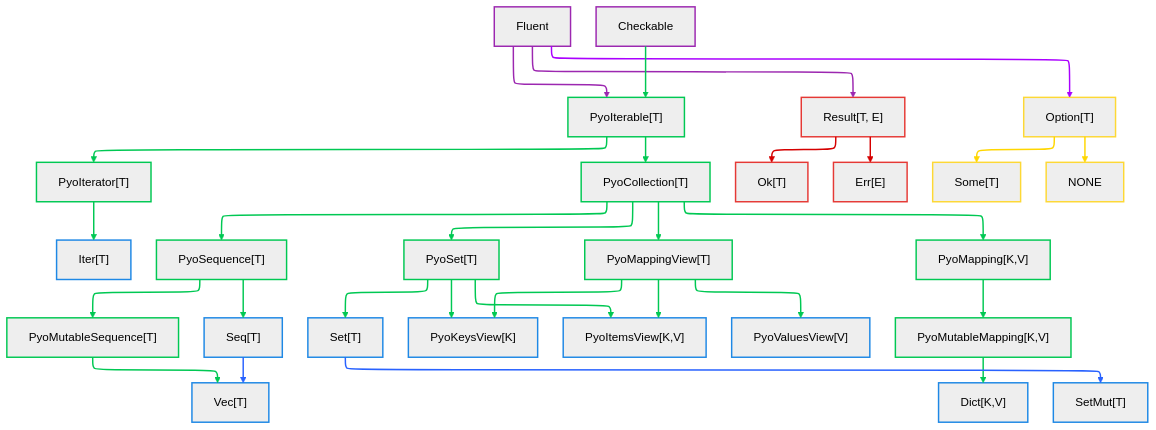
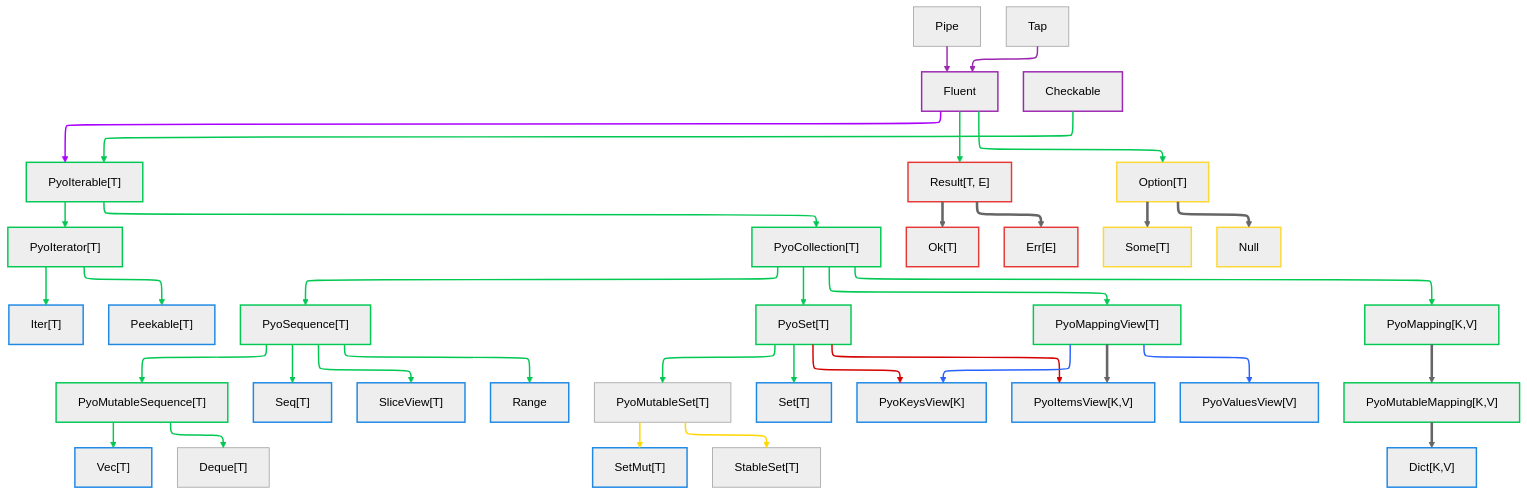
One commit to OutSquareCapital/pyochain changed the diagram in docs/overview.md. Above: the diagram before and after it, drawn with Mermaid (neutral theme). The commit also changed other lines of this file and 1 other file, not shown here.

````diff
--- a/docs/overview.md
+++ b/docs/overview.md
@@ -15,78 +13,82 @@
 ```mermaid
 ---
 config:
   layout: elk
 ---
 flowchart TB
+    Pipe["Pipe"] --> Fluent
+    Tap["Tap"] --> Fluent
     Fluent["Fluent"] ==> PyoIterable["PyoIterable[T]"] & Result["Result[T, E]"] & Option["Option[T]"]
     Checkable["Checkable"] ==> PyoIterable
     PyoIterable --> PyoIterator["PyoIterator[T]"] & PyoCollection["PyoCollection[T]"]
-    PyoIterator ==> Iter["Iter[T]"]
+    PyoIterator ==> Iter["Iter[T]"] & Peekable["Peekable[T]"]
     PyoCollection --> PyoSequence["PyoSequence[T]"] & PyoSet["PyoSet[T]"] & PyoMappingView["PyoMappingView[T]"] & PyoMapping["PyoMapping[K,V]"]
     PyoSequence --> PyoMutableSequence["PyoMutableSequence[T]"]
-    PyoSequence ==> Seq["Seq[T]"]
-    PyoMutableSequence ==> Vec["Vec[T]"]
-    PyoSet ==> Set["Set[T]"] & PyoKeysView["PyoKeysView[K]"] & PyoItemsView["PyoItemsView[K,V]"]
+    PyoSequence ==> Seq["Seq[T]"] & SliceView["SliceView[T]"] & Range["Range"]
+    PyoMutableSequence ==> Vec["Vec[T]"] & Deque["Deque[T]"]
+    PyoSet ==> PyoMutableSet["PyoMutableSet[T]"] & Set["Set[T]"] & PyoKeysView["PyoKeysView[K]"] & PyoItemsView["PyoItemsView[K,V]"]
+    PyoMutableSet ==>  SetMut["SetMut[T]"] & StableSet["StableSet[T]"]
     PyoMappingView ==> PyoKeysView & PyoValuesView["PyoValuesView[V]"] & PyoItemsView
     PyoMapping ==> PyoMutableMapping["PyoMutableMapping[K,V]"]
     PyoMutableMapping ==> Dict["Dict[K,V]"]
     Result ==> Ok["Ok[T]"] & Err["Err[E]"]
-    Option ==> Some["Some[T]"] & NONE["NONE"]
-    Set ==> SetMut["SetMut[T]"]
-    Seq ==> Vec
+    Option ==> Some["Some[T]"] & Null["Null"]
 
     style Fluent stroke:#9C27B0,stroke-width:2px
     style PyoIterable stroke:#00C853,stroke-width:2px
     style Result stroke:#E53935,stroke-width:2px
     style Option stroke:#FDD835,stroke-width:2px
     style Checkable stroke:#9C27B0,stroke-width:2px
     style PyoIterator stroke:#00C853,stroke-width:2px
     style PyoCollection stroke:#00C853,stroke-width:2px
     style Iter stroke:#1E88E5,stroke-width:2px
+    style Peekable stroke:#1E88E5,stroke-width:2px
     style PyoSequence stroke:#00C853,stroke-width:2px
     style PyoSet stroke:#00C853,stroke-width:2px
     style PyoMappingView stroke:#00C853,stroke-width:2px
     style PyoMapping stroke:#00C853,stroke-width:2px
     style PyoMutableSequence stroke:#00C853,stroke-width:2px
     style Seq stroke:#1E88E5,stroke-width:2px
+    style SliceView stroke:#1E88E5,stroke-width:2px
+    style Range stroke:#1E88E5,stroke-width:2px
     style Vec stroke:#1E88E5,stroke-width:2px
     style Set stroke:#1E88E5,stroke-width:2px
     style PyoKeysView stroke:#1E88E5,stroke-width:2px
     style PyoItemsView stroke:#1E88E5,stroke-width:2px
     style SetMut stroke:#1E88E5,stroke-width:2px
     style PyoValuesView stroke:#1E88E5,stroke-width:2px
     style PyoMutableMapping stroke:#00C853,stroke-width:2px
     style Dict stroke:#1E88E5,stroke-width:2px
     style Ok stroke:#E53935,stroke-width:2px
     style Err stroke:#E53935,stroke-width:2px
     style Some stroke:#FDD835,stroke-width:2px
-    style NONE stroke:#FDD835,stroke-width:2px
+    style Null stroke:#FDD835,stroke-width:2px
     linkStyle 0 stroke:#9C27B0,stroke-width:2px,fill:none
     linkStyle 1 stroke:#9C27B0,stroke-width:2px,fill:none
     linkStyle 2 stroke:#AA00FF,stroke-width:2px,fill:none
     linkStyle 3 stroke:#00C853,stroke-width:2px,fill:none
     linkStyle 4 stroke:#00C853,stroke-width:2px,fill:none
     linkStyle 5 stroke:#00C853,stroke-width:2px,fill:none
     linkStyle 6 stroke:#00C853,stroke-width:2px,fill:none
     linkStyle 7 stroke:#00C853,stroke-width:2px,fill:none
     linkStyle 8 stroke:#00C853,stroke-width:2px,fill:none
     linkStyle 9 stroke:#00C853,stroke-width:2px,fill:none
     linkStyle 10 stroke:#00C853,stroke-width:2px,fill:none
     linkStyle 11 stroke:#00C853,stroke-width:2px,fill:none
     linkStyle 12 stroke:#00C853,stroke-width:2px,fill:none
     linkStyle 13 stroke:#00C853,fill:none,stroke-width:2px
     linkStyle 14 stroke:#00C853,stroke-width:2px,fill:none
     linkStyle 15 stroke:#00C853,stroke-width:2px,fill:none
     linkStyle 16 stroke:#00C853,stroke-width:2px,fill:none
     linkStyle 17 stroke:#00C853,stroke-width:2px,fill:none
     linkStyle 18 stroke:#00C853,stroke-width:2px,fill:none
     linkStyle 19 stroke:#00C853,stroke-width:2px,fill:none
     linkStyle 20 stroke:#00C853,stroke-width:2px,fill:none
     linkStyle 21 stroke:#00C853,stroke-width:2px,fill:none
     linkStyle 22 stroke:#D50000,stroke-width:2px,fill:none
     linkStyle 23 stroke:#D50000,stroke-width:2px,fill:none
     linkStyle 24 stroke:#FFD600,stroke-width:2px,fill:none
     linkStyle 25 stroke:#FFD600,stroke-width:2px,fill:none
     linkStyle 26 stroke:#2962FF,fill:none,stroke-width:2px
     linkStyle 27 stroke:#2962FF,fill:none,stroke-width:2px
 ```
````
